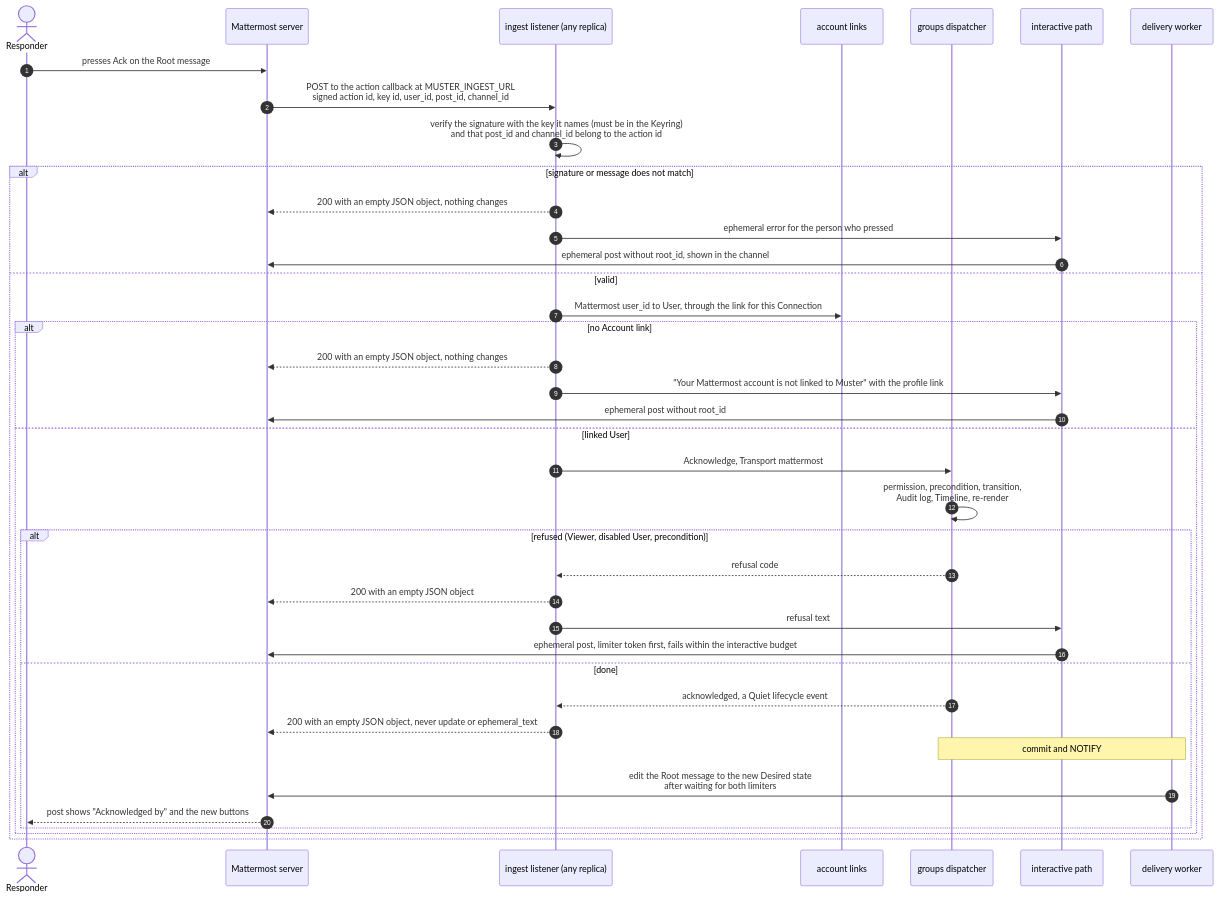
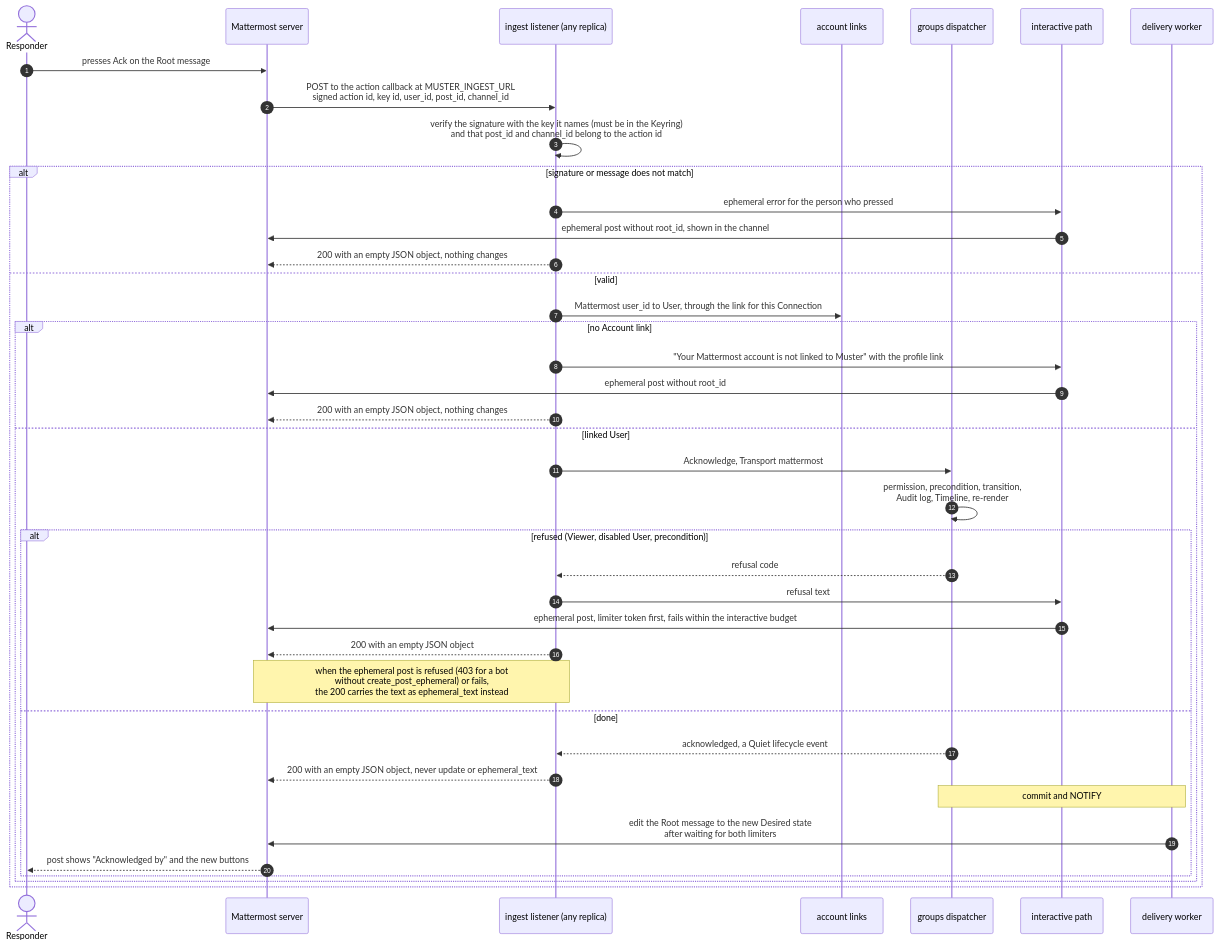
Before and after one commit to muster-io/muster: the eighth of 26 diagrams in design/architecture.md, drawn with Mermaid. The commit also changed other lines of this file and 44 other files, not shown here.

Commit message:
fix(mattermost): fall back to ephemeral_text when a press answer cannot be posted (#163)

````diff
--- a/design/architecture.md
+++ b/design/architecture.md
@@ -460,42 +460,43 @@
 ```mermaid
 sequenceDiagram
     autonumber
     actor U as Responder
     participant MM as Mattermost server
     participant IN as ingest listener (any replica)
     participant AL as account links
     participant GR as groups dispatcher
     participant IP as interactive path
     participant DW as delivery worker
 
     U->>MM: presses Ack on the Root message
     MM->>IN: POST to the action callback at MUSTER_INGEST_URL<br/>signed action id, key id, user_id, post_id, channel_id
     IN->>IN: verify the signature with the key it names (must be in the Keyring)<br/>and that post_id and channel_id belong to the action id
     alt signature or message does not match
-        IN-->>MM: 200 with an empty JSON object, nothing changes
         IN->>IP: ephemeral error for the person who pressed
         IP->>MM: ephemeral post without root_id, shown in the channel
+        IN-->>MM: 200 with an empty JSON object, nothing changes
     else valid
         IN->>AL: Mattermost user_id to User, through the link for this Connection
         alt no Account link
-            IN-->>MM: 200 with an empty JSON object, nothing changes
             IN->>IP: "Your Mattermost account is not linked to Muster" with the profile link
             IP->>MM: ephemeral post without root_id
+            IN-->>MM: 200 with an empty JSON object, nothing changes
         else linked User
             IN->>GR: Acknowledge, Transport mattermost
             GR->>GR: permission, precondition, transition,<br/>Audit log, Timeline, re-render
             alt refused (Viewer, disabled User, precondition)
                 GR-->>IN: refusal code
-                IN-->>MM: 200 with an empty JSON object
                 IN->>IP: refusal text
                 IP->>MM: ephemeral post, limiter token first, fails within the interactive budget
+                IN-->>MM: 200 with an empty JSON object
+                Note over IN,MM: when the ephemeral post is refused (403 for a bot<br/>without create_post_ephemeral) or fails,<br/>the 200 carries the text as ephemeral_text instead
             else done
                 GR-->>IN: acknowledged, a Quiet lifecycle event
                 IN-->>MM: 200 with an empty JSON object, never update or ephemeral_text
                 Note over GR,DW: commit and NOTIFY
                 DW->>MM: edit the Root message to the new Desired state<br/>after waiting for both limiters
                 MM-->>U: post shows "Acknowledged by" and the new buttons
             end
         end
     end
 ```
````
